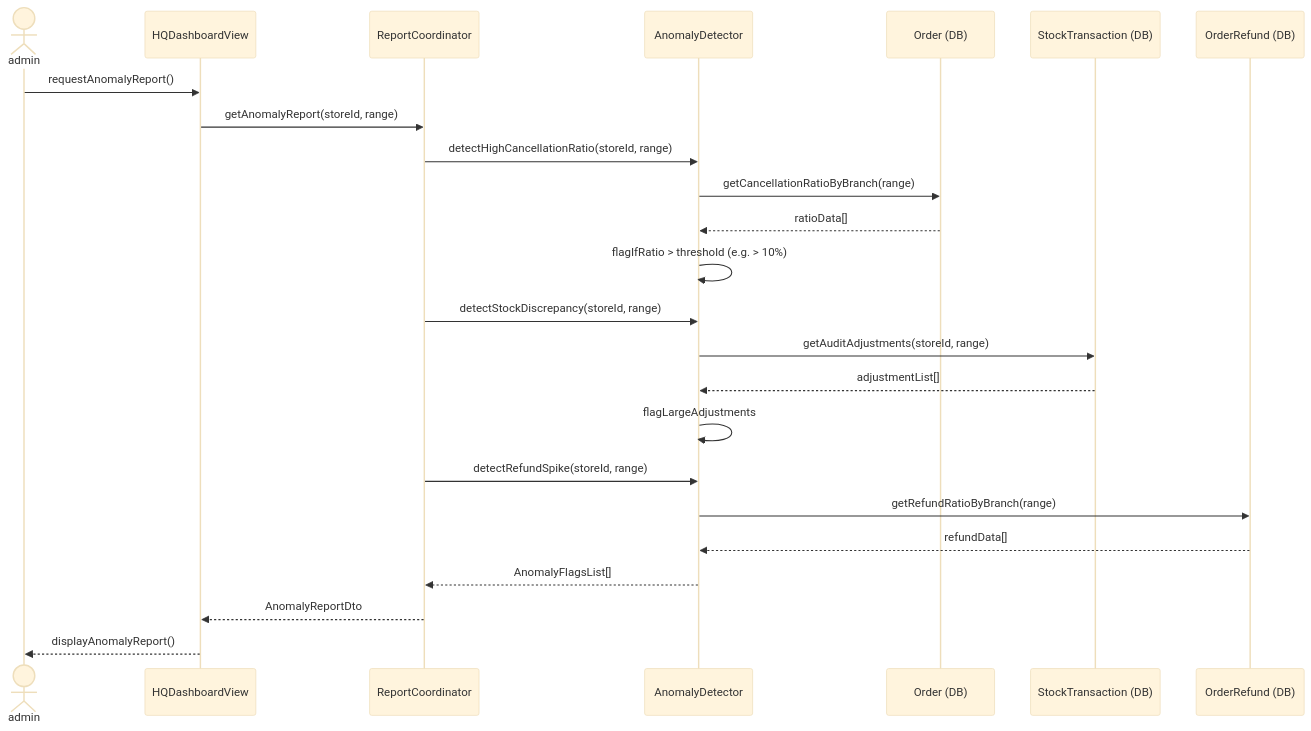
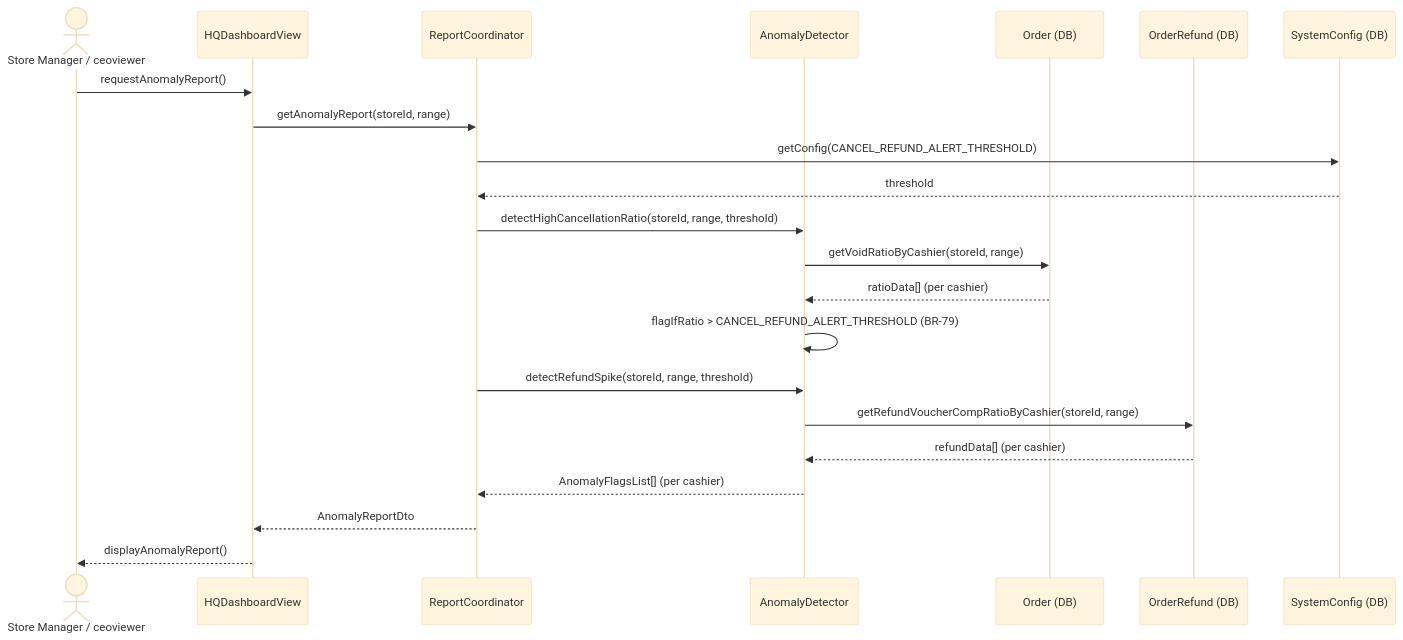
One commit to Shaichi/khoga_cafe changed the fourth of 5 diagrams in docs/rds_sections/13_detailed_3_10_reports.md. Above: the diagram before and after it, drawn with Mermaid (base theme). The commit also changed other lines of this file and 22 other files, not shown here.

````diff
--- a/docs/rds_sections/13_detailed_3_10_reports.md
+++ b/docs/rds_sections/13_detailed_3_10_reports.md
@@ -175,31 +178,29 @@
 ```mermaid
 sequenceDiagram
-    actor admin
+    actor reporter as Store Manager / ceoviewer
     participant HQDash as HQDashboardView
     participant ReportCoord as ReportCoordinator
     participant AnomalyDetector
     participant OrderDB as Order (DB)
-    participant StockDB as StockTransaction (DB)
     participant RefundDB as OrderRefund (DB)
+    participant ConfigDB as SystemConfig (DB)
 
-    admin->>HQDash: requestAnomalyReport()
+    reporter->>HQDash: requestAnomalyReport()
     HQDash->>ReportCoord: getAnomalyReport(storeId, range)
 
-    ReportCoord->>AnomalyDetector: detectHighCancellationRatio(storeId, range)
-    AnomalyDetector->>OrderDB: getCancellationRatioByBranch(range)
-    OrderDB-->>AnomalyDetector: ratioData[]
-    AnomalyDetector->>AnomalyDetector: flagIfRatio > threshold (e.g. > 10%)
+    ReportCoord->>ConfigDB: getConfig(CANCEL_REFUND_ALERT_THRESHOLD)
+    ConfigDB-->>ReportCoord: threshold
 
-    ReportCoord->>AnomalyDetector: detectStockDiscrepancy(storeId, range)
-    AnomalyDetector->>StockDB: getAuditAdjustments(storeId, range)
-    StockDB-->>AnomalyDetector: adjustmentList[]
-    AnomalyDetector->>AnomalyDetector: flagLargeAdjustments
+    ReportCoord->>AnomalyDetector: detectHighCancellationRatio(storeId, range, threshold)
+    AnomalyDetector->>OrderDB: getVoidRatioByCashier(storeId, range)
+    OrderDB-->>AnomalyDetector: ratioData[] (per cashier)
+    AnomalyDetector->>AnomalyDetector: flagIfRatio > CANCEL_REFUND_ALERT_THRESHOLD (BR-79)
 
-    ReportCoord->>AnomalyDetector: detectRefundSpike(storeId, range)
-    AnomalyDetector->>RefundDB: getRefundRatioByBranch(range)
-    RefundDB-->>AnomalyDetector: refundData[]
-    AnomalyDetector-->>ReportCoord: AnomalyFlagsList[]
+    ReportCoord->>AnomalyDetector: detectRefundSpike(storeId, range, threshold)
+    AnomalyDetector->>RefundDB: getRefundVoucherCompRatioByCashier(storeId, range)
+    RefundDB-->>AnomalyDetector: refundData[] (per cashier)
+    AnomalyDetector-->>ReportCoord: AnomalyFlagsList[] (per cashier)
 
     ReportCoord-->>HQDash: AnomalyReportDto
-    HQDash-->>admin: displayAnomalyReport()
+    HQDash-->>reporter: displayAnomalyReport()
 ```
````
